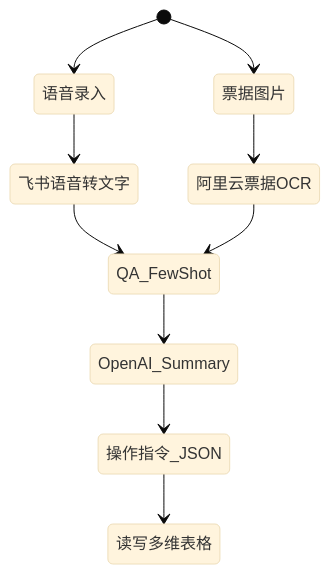
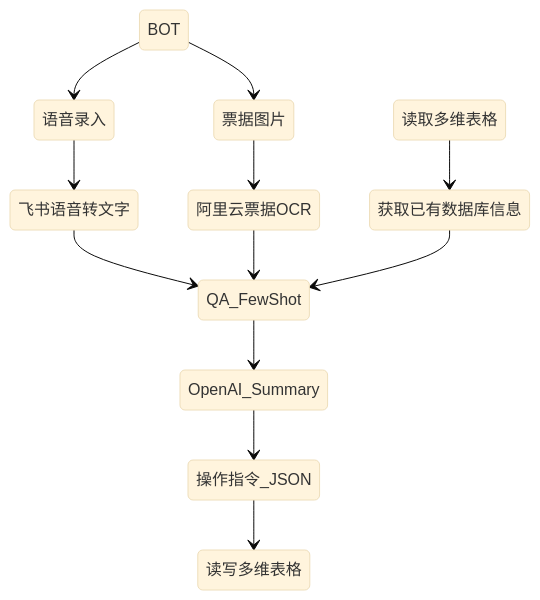
Before and after one commit to ConnectAI-E/Base-EasyWrite: the diagram in README.md, drawn with Mermaid (base theme).

````diff
--- a/README.md
+++ b/README.md
@@ -10,14 +10,17 @@
  ```mermaid
 stateDiagram-v2
-    [*] --> 语音录入
+    BOT --> 语音录入
     语音录入 --> 飞书语音转文字
     飞书语音转文字 --> QA_FewShot
     QA_FewShot --> OpenAI_Summary
     OpenAI_Summary --> 操作指令_JSON
     操作指令_JSON --> 读写多维表格
 
-    [*] --> 票据图片
+    BOT --> 票据图片
     票据图片 --> 阿里云票据OCR
     阿里云票据OCR --> QA_FewShot
- 
+
+    读取多维表格 --> 获取已有数据库信息 
+    获取已有数据库信息 --> QA_FewShot
+
 ```
````
